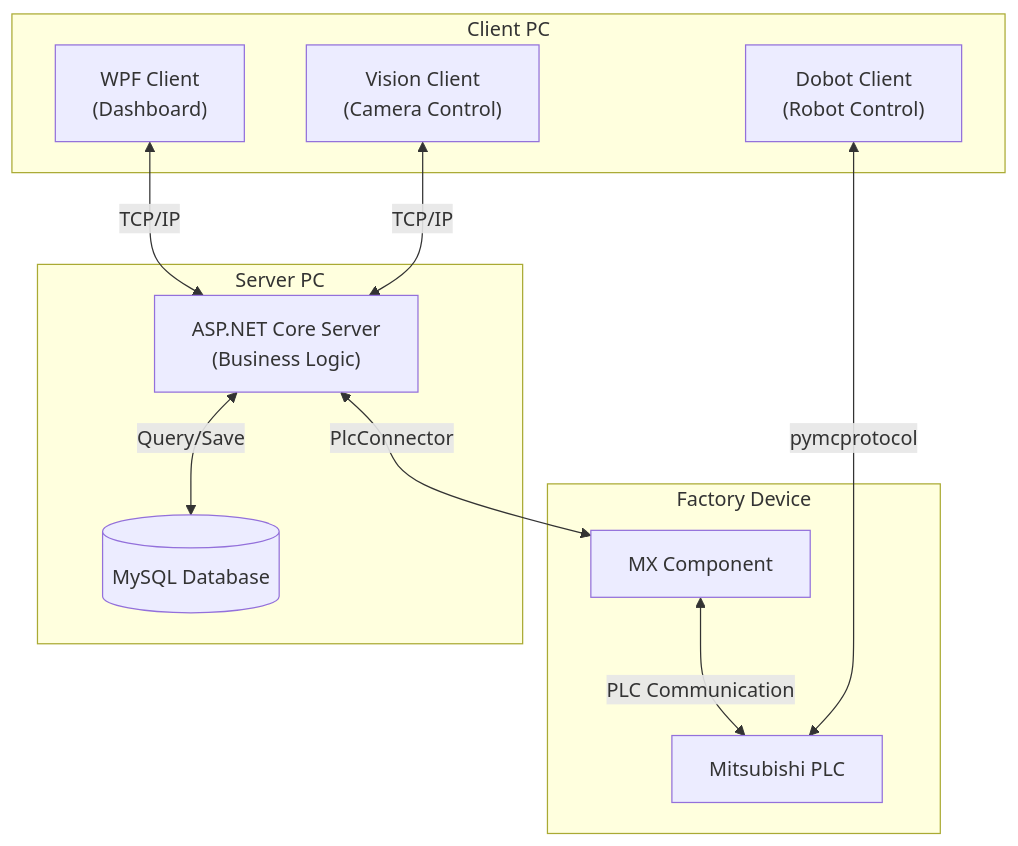
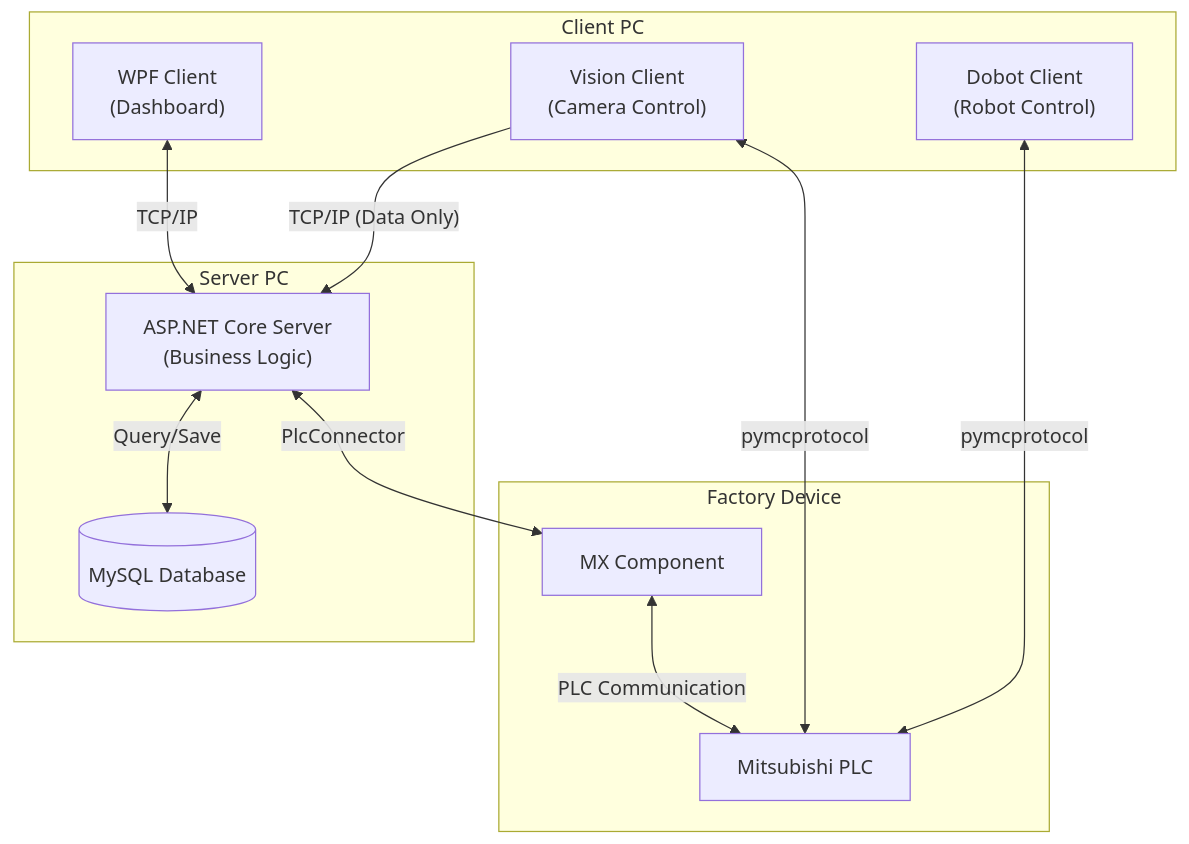
Before and after one commit to yunho21-dotcom/automotive-mes-server: the diagram in README.md, drawn with Mermaid. The commit also changed other lines of this file, not shown here.

````diff
--- a/README.md
+++ b/README.md
@@ -71,26 +71,28 @@
 ```mermaid
 graph TD
     subgraph ClientPC["Client PC"]
         WPF["WPF Client<br/>(Dashboard)"]
         Vision["Vision Client<br/>(Camera Control)"]
         Dobot["Dobot Client<br/>(Robot Control)"]
     end
 
     subgraph ServerPC["Server PC"]
         Server["ASP.NET Core Server<br/>(Business Logic)"]
         DB[("MySQL Database")]
     end
 
     subgraph FactoryDevice["Factory Device"]
         MX["MX Component"]
         PLC["Mitsubishi PLC"]
     end
 
     WPF <-->|"TCP/IP"| Server
-    Vision <-->|"TCP/IP"| Server
+    Vision -->|"TCP/IP (Data Only)"| Server
     
     Server <-->|"Query/Save"| DB
     Server <-->|"PlcConnector"| MX
     MX <-->|"PLC Communication"| PLC
+    
     Dobot <-->|"pymcprotocol"| PLC
+    Vision <-->|"pymcprotocol"| PLC
 ```
````
